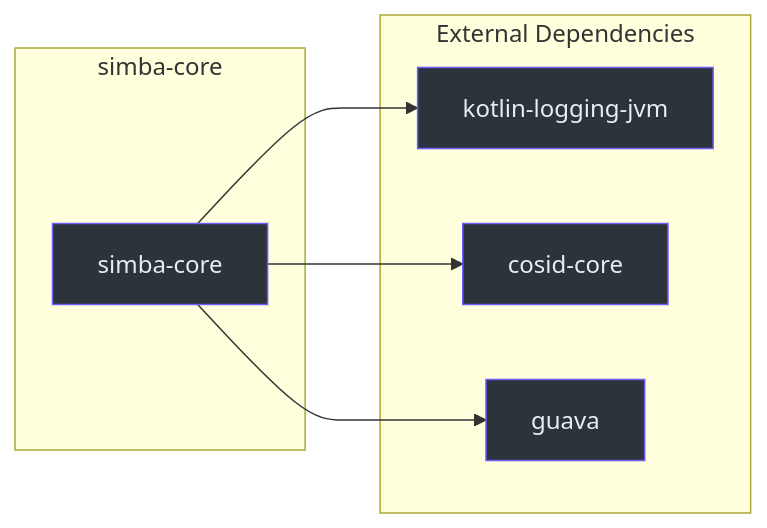
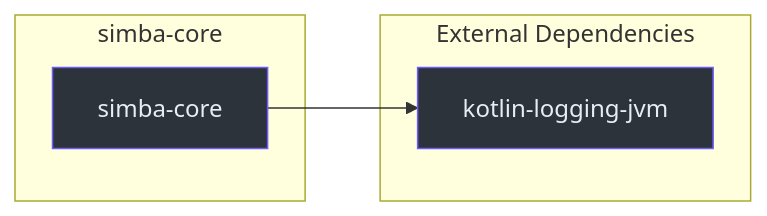
One commit to Ahoo-Wang/Simba changed the third of 3 diagrams in wiki/zh/modules/simba-core.md. Above: the diagram before and after it, drawn with Mermaid. The commit also changed other lines of this file and 20 other files, not shown here.

````diff
--- a/wiki/zh/modules/simba-core.md
+++ b/wiki/zh/modules/simba-core.md
@@ -214,22 +214,16 @@
 ```mermaid
 graph LR
     subgraph sg_97 ["External Dependencies"]
 
         KL["kotlin-logging-jvm"]
-        COSID["cosid-core"]
-        GUAVA["guava"]
     end
     subgraph sg_98 ["simba-core"]
 
         CORE["simba-core"]
     end
 
     CORE --> KL
-    CORE --> COSID
-    CORE --> GUAVA
 
     style KL fill:#2d333b,stroke:#6d5dfc,color:#e6edf3
-    style COSID fill:#2d333b,stroke:#6d5dfc,color:#e6edf3
-    style GUAVA fill:#2d333b,stroke:#6d5dfc,color:#e6edf3
     style CORE fill:#2d333b,stroke:#6d5dfc,color:#e6edf3
 ```
````
